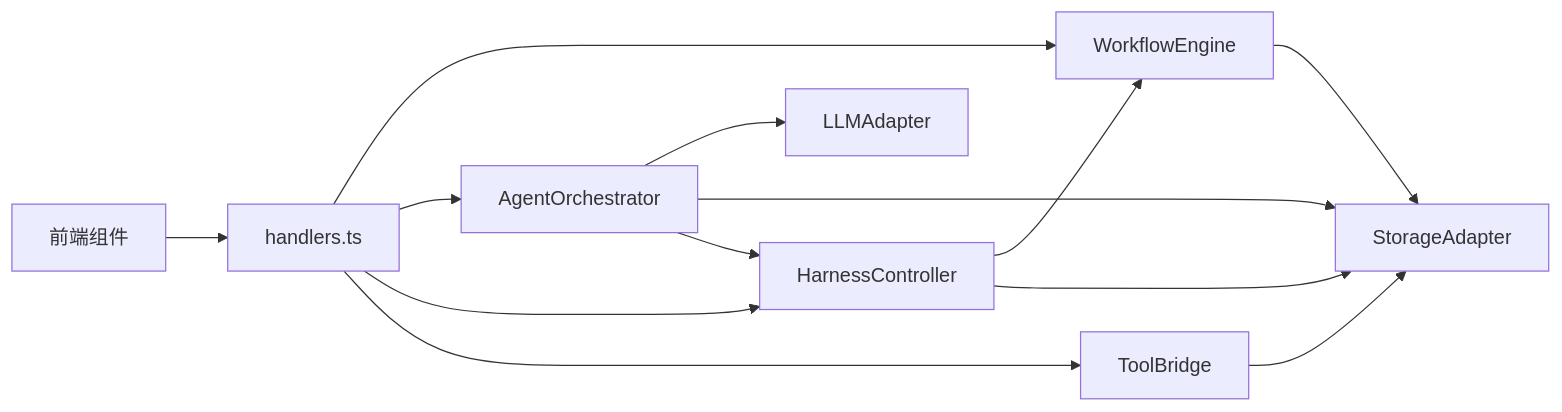
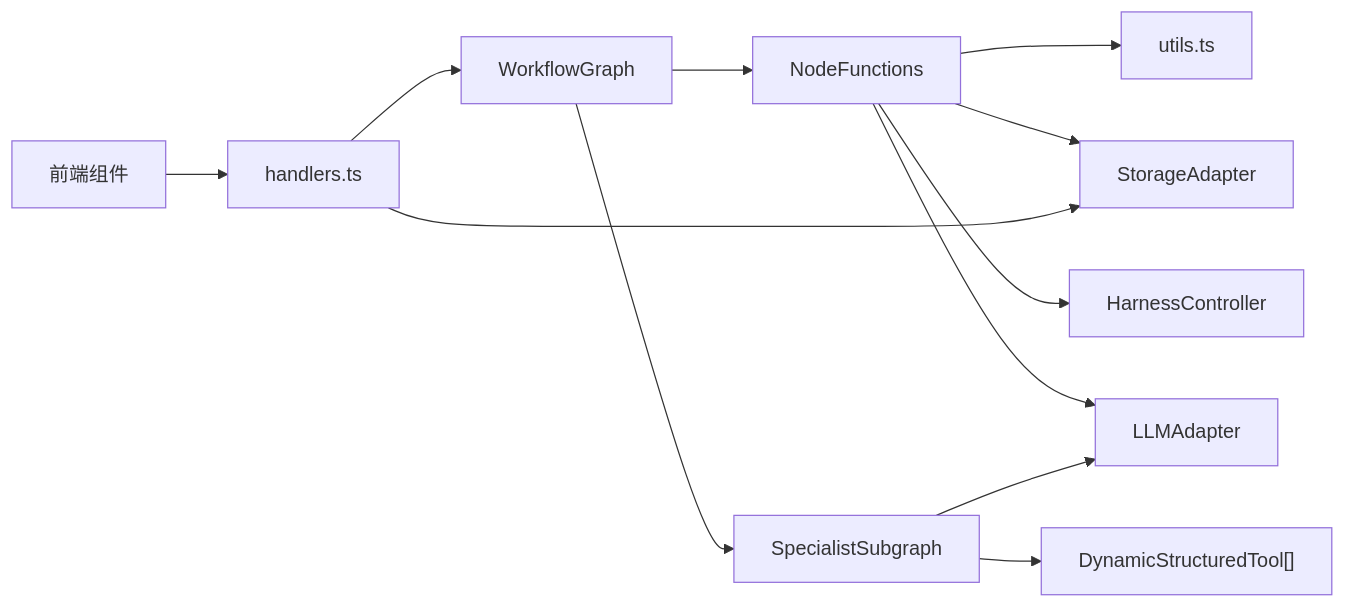
Before and after one commit to haolange/RDC-Agent: the sixth of 6 diagrams in .qoder/repowiki/zh/content/架构设计/工作流引擎.md, drawn with Mermaid. The commit also changed other lines of this file and 3483 other files, not shown here.

````diff
--- a/.qoder/repowiki/zh/content/架构设计/工作流引擎.md
+++ b/.qoder/repowiki/zh/content/架构设计/工作流引擎.md
@@ -380,15 +333,14 @@
 ```mermaid
 graph LR
-WE["WorkflowEngine"] --> SA["StorageAdapter"]
-HC["HarnessController"] --> WE
-HC --> SA
-AO["AgentOrchestrator"] --> LLM["LLMAdapter"]
-AO --> SA
-AO --> HC
-TB["ToolBridge"] --> SA
-IPC["handlers.ts"] --> WE
-IPC --> AO
-IPC --> HC
-IPC --> TB
-UI["前端组件"] --> IPC
+WG["WorkflowGraph"] --> NF["NodeFunctions"]
+WG --> SS["SpecialistSubgraph"]
+NF --> Utils["utils.ts"]
+NF --> Storage["StorageAdapter"]
+NF --> Harness["HarnessController"]
+NF --> LLM["LLMAdapter"]
+SS --> LLM
+SS --> Tools["DynamicStructuredTool[]"]
+Handlers["handlers.ts"] --> WG
+Handlers --> Storage
+UI["前端组件"] --> Handlers
 ```
````
